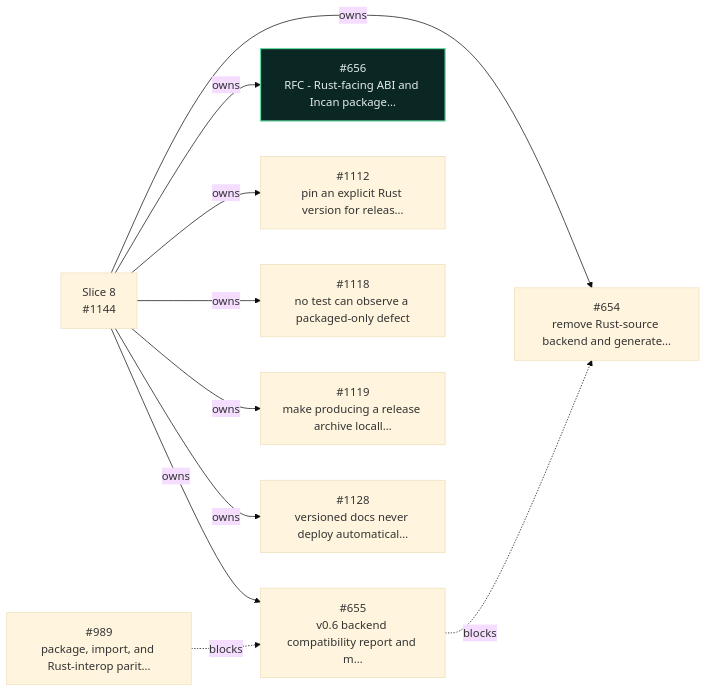
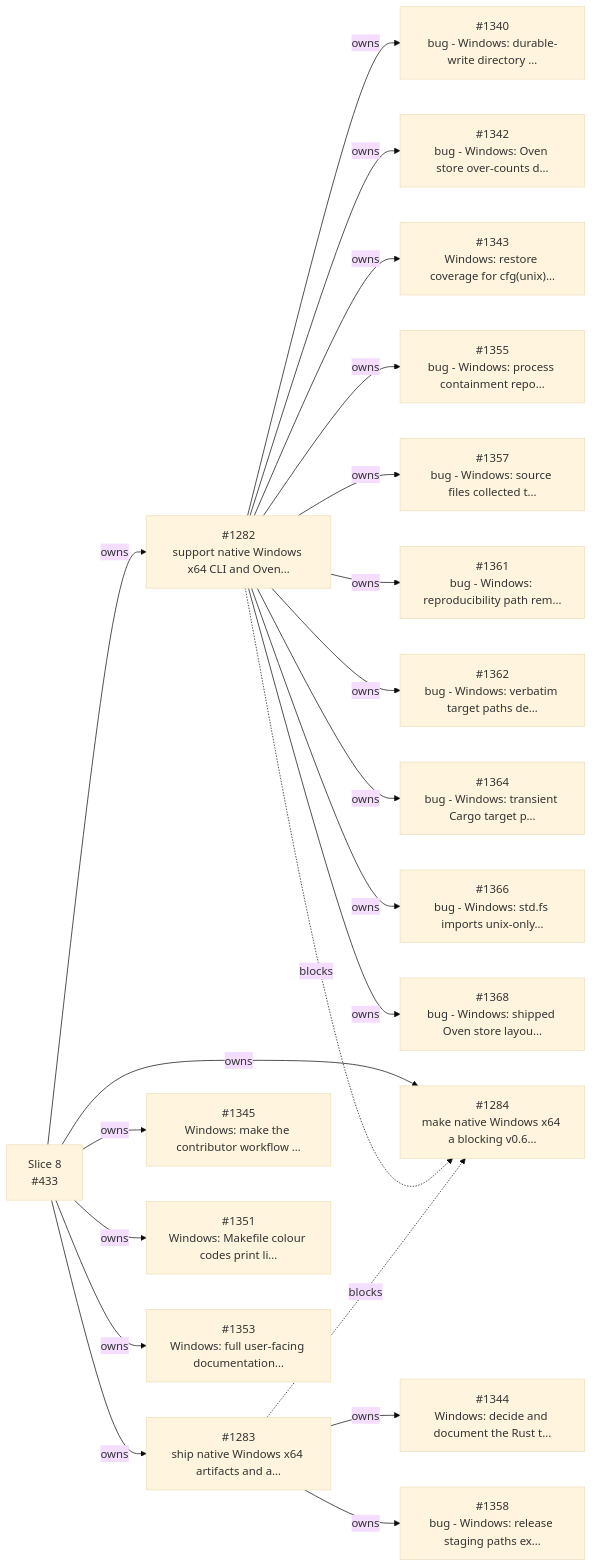
One commit to dannys-code-corner/incan changed the eighth of 9 diagrams in workspaces/docs-site/docs/_snippets/project/v0_6_roadmap.md. Above: the diagram before and after it, drawn with Mermaid (base theme). The commit also changed other lines of this file and 3 other files, not shown here.

````diff
--- a/workspaces/docs-site/docs/_snippets/project/v0_6_roadmap.md
+++ b/workspaces/docs-site/docs/_snippets/project/v0_6_roadmap.md
@@ -514,32 +553,61 @@
 ```mermaid
 flowchart LR
-  i654["#654<br/>remove Rust-source backend and generate…"]
-  i655["#655<br/>v0.6 backend compatibility report and m…"]
-  i656["#656<br/>RFC - Rust-facing ABI and Incan package…"]
-  i989["#989<br/>package, import, and Rust-interop parit…"]
-  i1112["#1112<br/>pin an explicit Rust version for releas…"]
-  i1118["#1118<br/>no test can observe a packaged-only defect"]
-  i1119["#1119<br/>make producing a release archive locall…"]
-  i1128["#1128<br/>versioned docs never deploy automatical…"]
-  s1144["Slice 8<br/>#1144"]
-  s1144 -- owns --> i654
-  s1144 -- owns --> i655
-  s1144 -- owns --> i656
-  s1144 -- owns --> i1112
-  s1144 -- owns --> i1118
-  s1144 -- owns --> i1119
-  s1144 -- owns --> i1128
-  i655 -. blocks .-> i654
-  i989 -. blocks .-> i655
-  classDef incv06complete fill:#0b2724,stroke:#66d9a3,color:#e4ebf2,stroke-width:1.7px
-  class i656 incv06complete
-  click i654 href "https://github.com/encero-systems/incan/issues/654" "Open #654 on GitHub"
-  click i655 href "https://github.com/encero-systems/incan/issues/655" "Open #655 on GitHub"
-  click i656 href "https://github.com/encero-systems/incan/issues/656" "Open #656 on GitHub"
-  click i989 href "https://github.com/encero-systems/incan/issues/989" "Open #989 on GitHub"
-  click i1112 href "https://github.com/encero-systems/incan/issues/1112" "Open #1112 on GitHub"
-  click i1118 href "https://github.com/encero-systems/incan/issues/1118" "Open #1118 on GitHub"
-  click i1119 href "https://github.com/encero-systems/incan/issues/1119" "Open #1119 on GitHub"
-  click i1128 href "https://github.com/encero-systems/incan/issues/1128" "Open #1128 on GitHub"
-  click s1144 href "https://github.com/encero-systems/incan/issues/1144" "Open #1144 on GitHub"
+  s433["Slice 8<br/>#433"]
+  i1282["#1282<br/>support native Windows x64 CLI and Oven…"]
+  i1283["#1283<br/>ship native Windows x64 artifacts and a…"]
+  i1284["#1284<br/>make native Windows x64 a blocking v0.6…"]
+  i1340["#1340<br/>bug - Windows: durable-write directory …"]
+  i1342["#1342<br/>bug - Windows: Oven store over-counts d…"]
+  i1343["#1343<br/>Windows: restore coverage for cfg(unix)…"]
+  i1344["#1344<br/>Windows: decide and document the Rust t…"]
+  i1345["#1345<br/>Windows: make the contributor workflow …"]
+  i1351["#1351<br/>Windows: Makefile colour codes print li…"]
+  i1353["#1353<br/>Windows: full user-facing documentation…"]
+  i1355["#1355<br/>bug - Windows: process containment repo…"]
+  i1357["#1357<br/>bug - Windows: source files collected t…"]
+  i1358["#1358<br/>bug - Windows: release staging paths ex…"]
+  i1361["#1361<br/>bug - Windows: reproducibility path rem…"]
+  i1362["#1362<br/>bug - Windows: verbatim target paths de…"]
+  i1364["#1364<br/>bug - Windows: transient Cargo target p…"]
+  i1366["#1366<br/>bug - Windows: std.fs imports unix-only…"]
+  i1368["#1368<br/>bug - Windows: shipped Oven store layou…"]
+  s433 -- owns --> i1282
+  s433 -- owns --> i1283
+  s433 -- owns --> i1284
+  i1282 -- owns --> i1340
+  i1282 -- owns --> i1342
+  i1282 -- owns --> i1343
+  i1283 -- owns --> i1344
+  s433 -- owns --> i1345
+  s433 -- owns --> i1351
+  s433 -- owns --> i1353
+  i1282 -- owns --> i1355
+  i1282 -- owns --> i1357
+  i1283 -- owns --> i1358
+  i1282 -- owns --> i1361
+  i1282 -- owns --> i1362
+  i1282 -- owns --> i1364
+  i1282 -- owns --> i1366
+  i1282 -- owns --> i1368
+  i1282 -. blocks .-> i1284
+  i1283 -. blocks .-> i1284
+  click s433 href "https://github.com/encero-systems/incan/issues/433" "Open #433 on GitHub"
+  click i1282 href "https://github.com/encero-systems/incan/issues/1282" "Open #1282 on GitHub"
+  click i1283 href "https://github.com/encero-systems/incan/issues/1283" "Open #1283 on GitHub"
+  click i1284 href "https://github.com/encero-systems/incan/issues/1284" "Open #1284 on GitHub"
+  click i1340 href "https://github.com/encero-systems/incan/issues/1340" "Open #1340 on GitHub"
+  click i1342 href "https://github.com/encero-systems/incan/issues/1342" "Open #1342 on GitHub"
+  click i1343 href "https://github.com/encero-systems/incan/issues/1343" "Open #1343 on GitHub"
+  click i1344 href "https://github.com/encero-systems/incan/issues/1344" "Open #1344 on GitHub"
+  click i1345 href "https://github.com/encero-systems/incan/issues/1345" "Open #1345 on GitHub"
+  click i1351 href "https://github.com/encero-systems/incan/issues/1351" "Open #1351 on GitHub"
+  click i1353 href "https://github.com/encero-systems/incan/issues/1353" "Open #1353 on GitHub"
+  click i1355 href "https://github.com/encero-systems/incan/issues/1355" "Open #1355 on GitHub"
+  click i1357 href "https://github.com/encero-systems/incan/issues/1357" "Open #1357 on GitHub"
+  click i1358 href "https://github.com/encero-systems/incan/issues/1358" "Open #1358 on GitHub"
+  click i1361 href "https://github.com/encero-systems/incan/issues/1361" "Open #1361 on GitHub"
+  click i1362 href "https://github.com/encero-systems/incan/issues/1362" "Open #1362 on GitHub"
+  click i1364 href "https://github.com/encero-systems/incan/issues/1364" "Open #1364 on GitHub"
+  click i1366 href "https://github.com/encero-systems/incan/issues/1366" "Open #1366 on GitHub"
+  click i1368 href "https://github.com/encero-systems/incan/issues/1368" "Open #1368 on GitHub"
 ```
````
